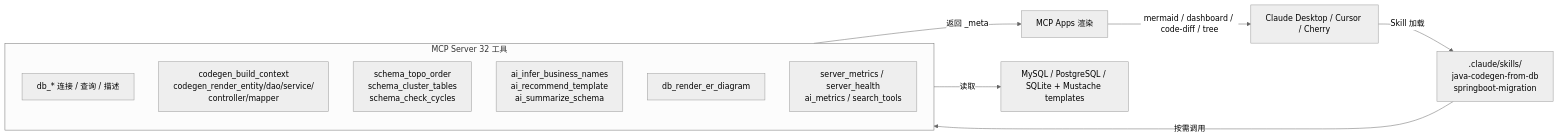
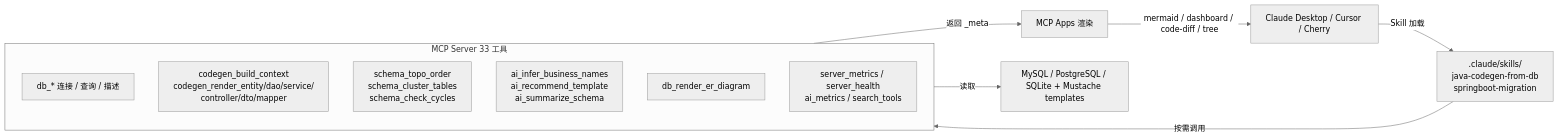
One commit to ZhaoXingPeng/DBJavaGenix changed the diagram in README.md. Above: the diagram before and after it, drawn with Mermaid (neutral theme). The commit also changed other lines of this file and 10 other files, not shown here.

First line of the commit message:
:sparkles: feat(codegen): 补齐原子 DTO 渲染工具

````diff
--- a/README.md
+++ b/README.md
@@ -10,20 +10,20 @@
 ```mermaid
 graph LR
     Client[Claude Desktop / Cursor / Cherry] -->|Skill 加载| Skills
     Skills[".claude/skills/<br/>java-codegen-from-db<br/>springboot-migration"]
     Skills -->|按需调用| MCP
 
-    subgraph MCP[MCP Server 32 工具]
+    subgraph MCP[MCP Server 33 工具]
         direction TB
         DB[db_* 连接 / 查询 / 描述]
-        Atom[codegen_build_context<br/>codegen_render_entity/dao/service/<br/>controller/mapper]
+        Atom[codegen_build_context<br/>codegen_render_entity/dao/service/<br/>controller/dto/mapper]
         Graph[schema_topo_order<br/>schema_cluster_tables<br/>schema_check_cycles]
         AI[ai_infer_business_names<br/>ai_recommend_template<br/>ai_summarize_schema]
         Vis[db_render_er_diagram]
         Obs[server_metrics / server_health<br/>ai_metrics / search_tools]
     end
 
     MCP -->|返回 _meta| Apps[MCP Apps 渲染]
     Apps -->|mermaid / dashboard / code-diff / tree| Client
     MCP -->|读取| Data[MySQL / PostgreSQL / SQLite + Mustache templates]
 ```
````
